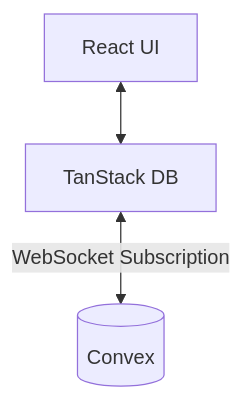
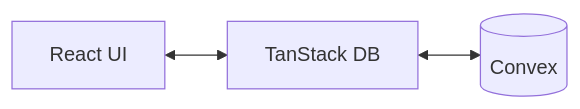
One commit to robelest/robelest changed the second of 12 diagrams in journal/2025-12-25-replicate-local-first.md. Above: the diagram before and after it, drawn with Mermaid. The commit also changed other lines of this file and 3 other files, not shown here.

First line of the commit message:
feat: use mermaid-cli for PDF diagram rendering with caching

````diff
--- a/journal/2025-12-25-replicate-local-first.md
+++ b/journal/2025-12-25-replicate-local-first.md
@@ -160,6 +160,5 @@
 ```mermaid
-flowchart TD
+flowchart LR
     UI[React UI] <--> TS[TanStack DB]
-    TS <-->|WebSocket Subscription| CONVEX[(Convex)]
-
+    TS <--> CONVEX[(Convex)]
 ```
````
